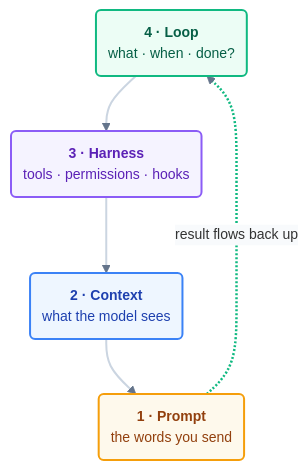
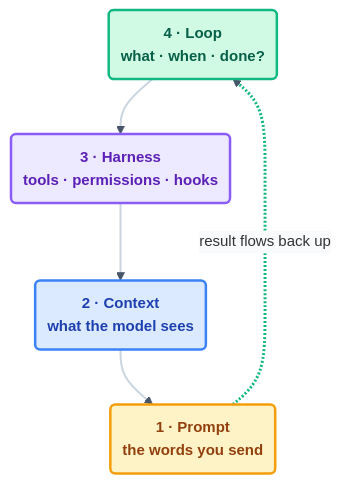
The diagram in docs/02-foundations/the-four-layers.md (ayeshakhalid192007-dev/LoopEngineering-CrashCourse), drawn with Mermaid before and after one commit. The commit also changed 66 other files, not shown here.

First line of the commit message:
docs(diagrams): visibly bolder pass — deeper fills, heavier strokes, semibold labels

````diff
--- a/docs/02-foundations/the-four-layers.md
+++ b/docs/02-foundations/the-four-layers.md
@@ -24,15 +24,15 @@
 ```mermaid
-%%{init: {'theme':'base','themeVariables':{'fontFamily':'ui-sans-serif, system-ui, sans-serif','fontSize':'14px','lineColor':'#64748b','edgeLabelBackground':'#f8fafc'},'flowchart':{'curve':'basis','nodeSpacing':50,'rankSpacing':55,'padding':12}}}%%
+%%{init: {'theme':'base','themeVariables':{'fontFamily':'ui-sans-serif, system-ui, sans-serif','fontSize':'15px','lineColor':'#475569','edgeLabelBackground':'#f8fafc'},'flowchart':{'curve':'basis','nodeSpacing':50,'rankSpacing':55,'padding':12}}}%%
 flowchart TD
     LOOP("<b>4 · Loop</b><br/>what · when · done?"):::l4 --> HARNESS("<b>3 · Harness</b><br/>tools · permissions · hooks"):::l3
     HARNESS --> CONTEXT("<b>2 · Context</b><br/>what the model sees"):::l2
     CONTEXT --> PROMPT("<b>1 · Prompt</b><br/>the words you send"):::l1
     PROMPT -.->|result flows back up| LOOP
-    linkStyle default stroke:#64748b,stroke-width:2px;
-    classDef l1 fill:#fef9ec,stroke:#f59e0b,stroke-width:2px,color:#92400e;
-    classDef l2 fill:#eef6ff,stroke:#3b82f6,stroke-width:2px,color:#1e40af;
-    classDef l3 fill:#f5f3ff,stroke:#8b5cf6,stroke-width:2px,color:#5b21b6;
-    classDef l4 fill:#ecfdf5,stroke:#10b981,stroke-width:2px,color:#065f46;
+    linkStyle default stroke:#475569,stroke-width:2px;
+    classDef l1 fill:#fef3c7,stroke:#f59e0b,stroke-width:2.5px,color:#92400e,font-weight:600;
+    classDef l2 fill:#dbeafe,stroke:#3b82f6,stroke-width:2.5px,color:#1e40af,font-weight:600;
+    classDef l3 fill:#ede9fe,stroke:#8b5cf6,stroke-width:2.5px,color:#5b21b6,font-weight:600;
+    classDef l4 fill:#d1fae5,stroke:#10b981,stroke-width:2.5px,color:#065f46,font-weight:600;
     linkStyle 0,1,2 stroke:#cbd5e1,stroke-width:2px;
-    linkStyle 3 stroke:#10b981,stroke-width:2.5px;
+    linkStyle 3 stroke:#10b981,stroke-width:3px;
 ```
````
